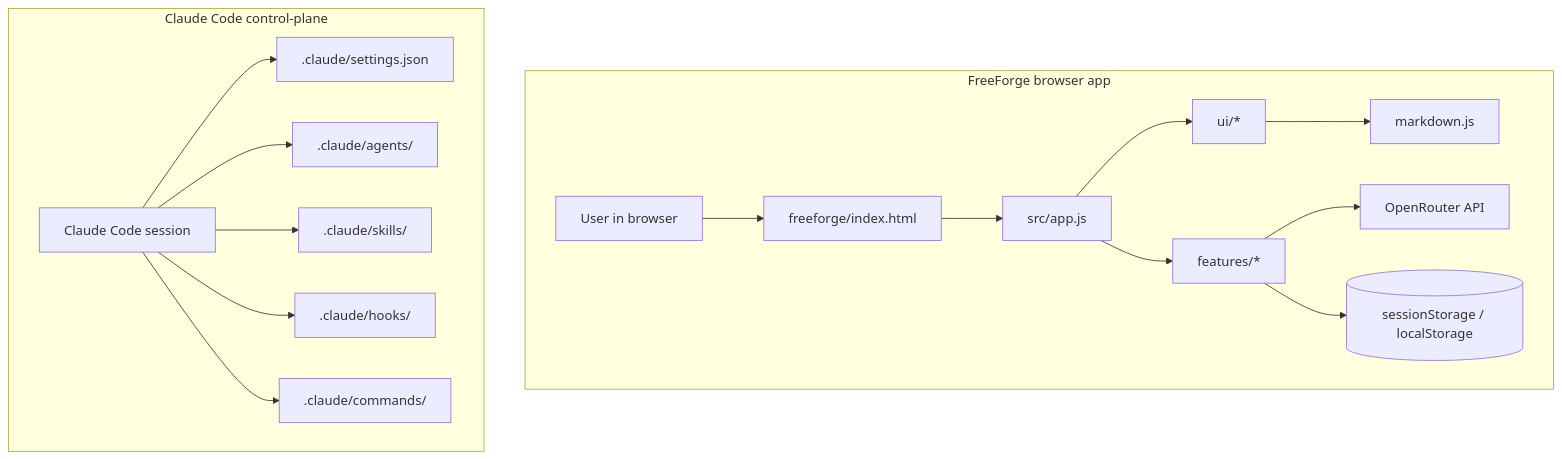
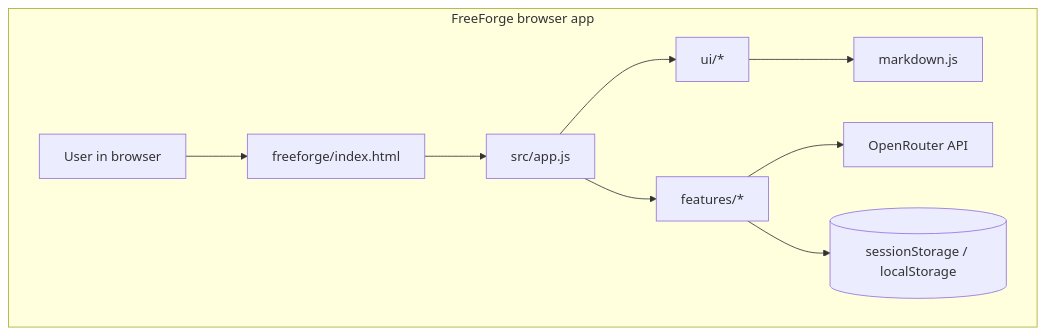
The diagram in README.md (JackSmack1971/freeforge-chat), drawn with Mermaid before and after one commit. The commit also changed other lines of this file and 20 other files, not shown here.

````diff
--- a/README.md
+++ b/README.md
@@ -68,20 +66,12 @@
 ```mermaid
 flowchart TB
   subgraph BrowserApp[FreeForge browser app]
     U[User in browser] --> H[freeforge/index.html]
     H --> A[src/app.js]
     A --> F[features/*]
     A --> UI[ui/*]
     UI --> MD[markdown.js]
     F --> OR[OpenRouter API]
     F --> ST[(sessionStorage / localStorage)]
   end
-
-  subgraph ControlPlane[Claude Code control-plane]
-    C[Claude Code session] --> CFG[.claude/settings.json]
-    C --> AG[.claude/agents/]
-    C --> SK[.claude/skills/]
-    C --> HK[.claude/hooks/]
-    C --> CM[.claude/commands/]
-  end
 ```
````
